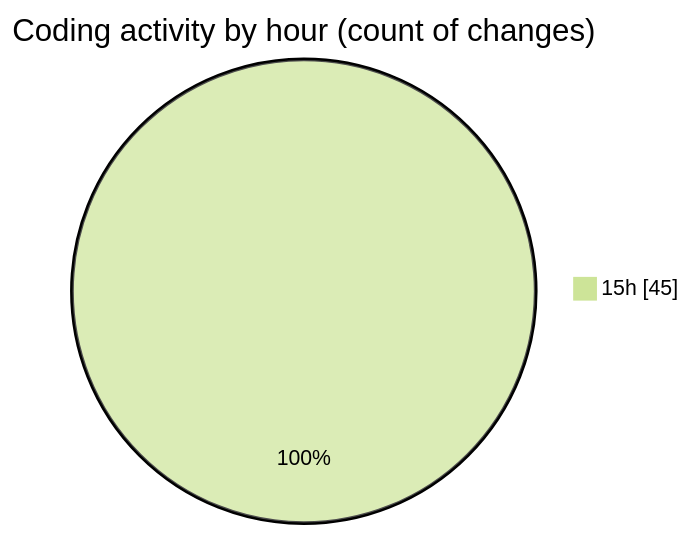
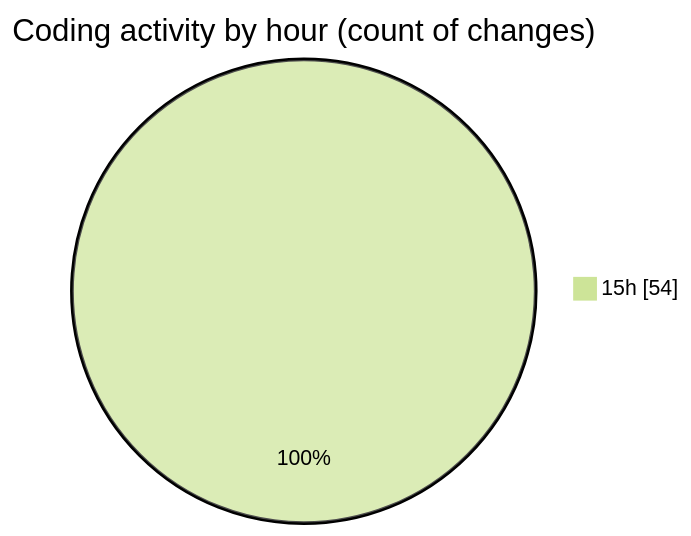
Before and after one commit to lephambinh05/code-tracking: the second of 2 diagrams in 2025-07-13/rentotp/README.md, drawn with Mermaid (forest theme). The commit also changed other lines of this file and 1 other file, not shown here.

````diff
--- a/2025-07-13/rentotp/README.md
+++ b/2025-07-13/rentotp/README.md
@@ -47,5 +52,5 @@
 ```mermaid
 pie showData
 title Coding activity by hour (count of changes)
-"15h" : 45
+"15h" : 54
 ```
````
